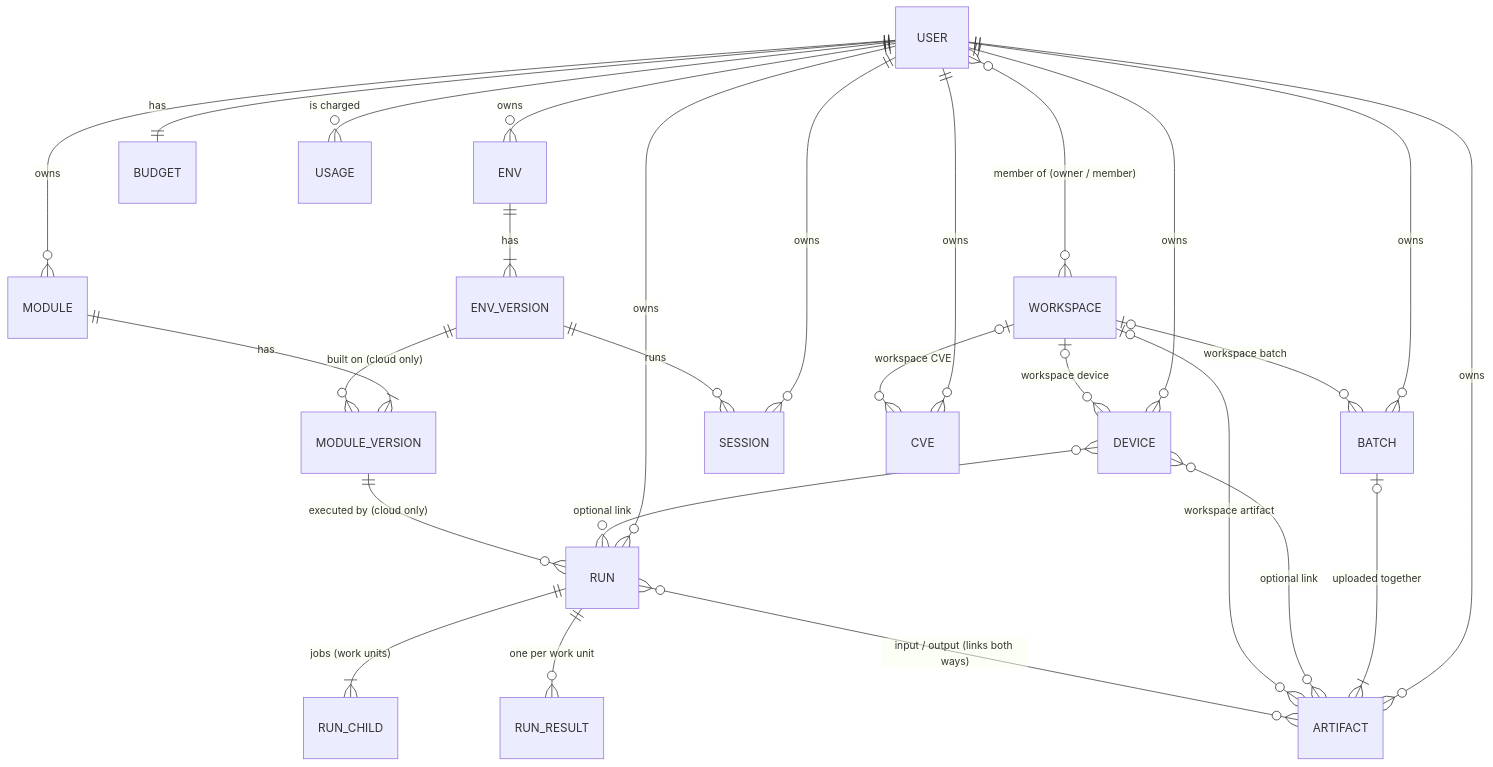
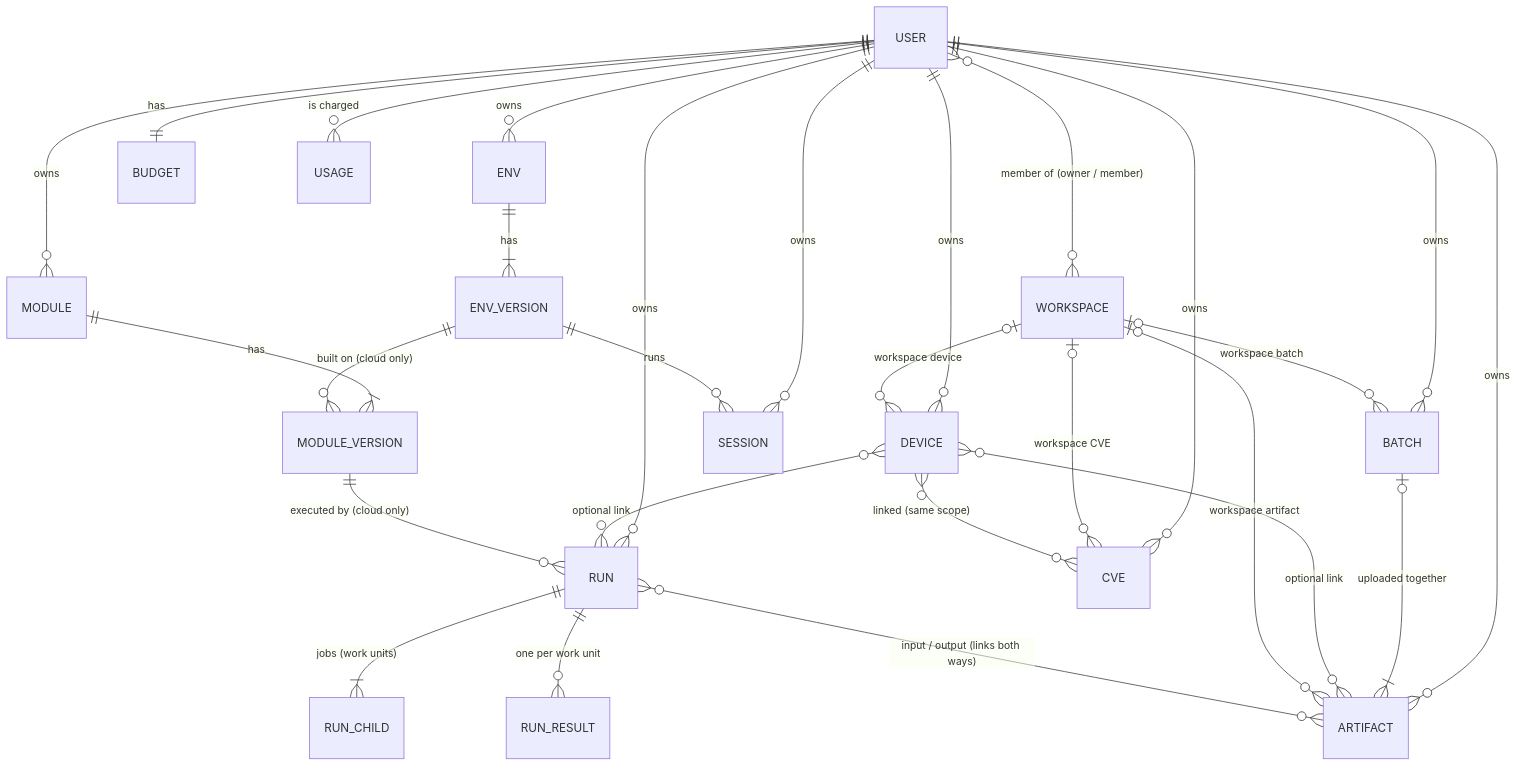
The diagram in Platform/infra/DATABASE.md (NathanMal04/Healthcare-IoT-Testbed), drawn with Mermaid before and after one commit. The commit also changed other lines of this file and 3 other files, not shown here.

Commit message:
Add CVE device associations and deletion (Stage 3B.2)

````diff
--- a/Platform/infra/DATABASE.md
+++ b/Platform/infra/DATABASE.md
@@ -350,29 +383,30 @@
 ```mermaid
 erDiagram
     USER ||--o{ DEVICE : owns
     USER ||--o{ ARTIFACT : owns
     USER ||--o{ BATCH : owns
     BATCH |o--|{ ARTIFACT : "uploaded together"
     USER ||--o{ MODULE : owns
     USER ||--o{ ENV : owns
     USER ||--o{ RUN : owns
     USER ||--o{ SESSION : owns
     USER ||--|| BUDGET : has
     USER ||--o{ USAGE : "is charged"
     USER }o--o{ WORKSPACE : "member of (owner / member)"
     WORKSPACE |o--o{ DEVICE : "workspace device"
     DEVICE }o--o{ ARTIFACT : "optional link"
     WORKSPACE |o--o{ ARTIFACT : "workspace artifact"
     WORKSPACE |o--o{ BATCH : "workspace batch"
     USER ||--o{ CVE : owns
     WORKSPACE |o--o{ CVE : "workspace CVE"
+    DEVICE }o--o{ CVE : "linked (same scope)"
     DEVICE }o--o{ RUN : "optional link"
     MODULE ||--|{ MODULE_VERSION : has
     ENV ||--|{ ENV_VERSION : has
     ENV_VERSION ||--o{ MODULE_VERSION : "built on (cloud only)"
     ENV_VERSION ||--o{ SESSION : "runs"
     MODULE_VERSION ||--o{ RUN : "executed by (cloud only)"
     RUN ||--|{ RUN_CHILD : "jobs (work units)"
     RUN ||--o{ RUN_RESULT : "one per work unit"
     RUN }o--o{ ARTIFACT : "input / output (links both ways)"
 ```
````
